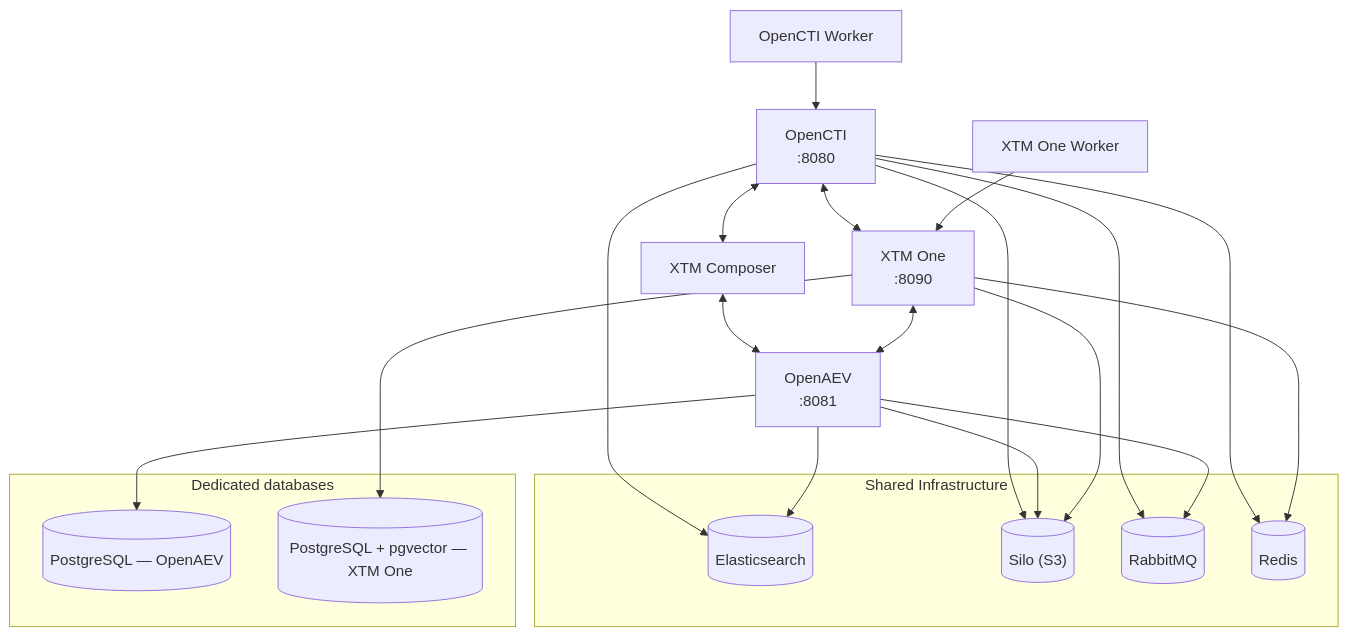
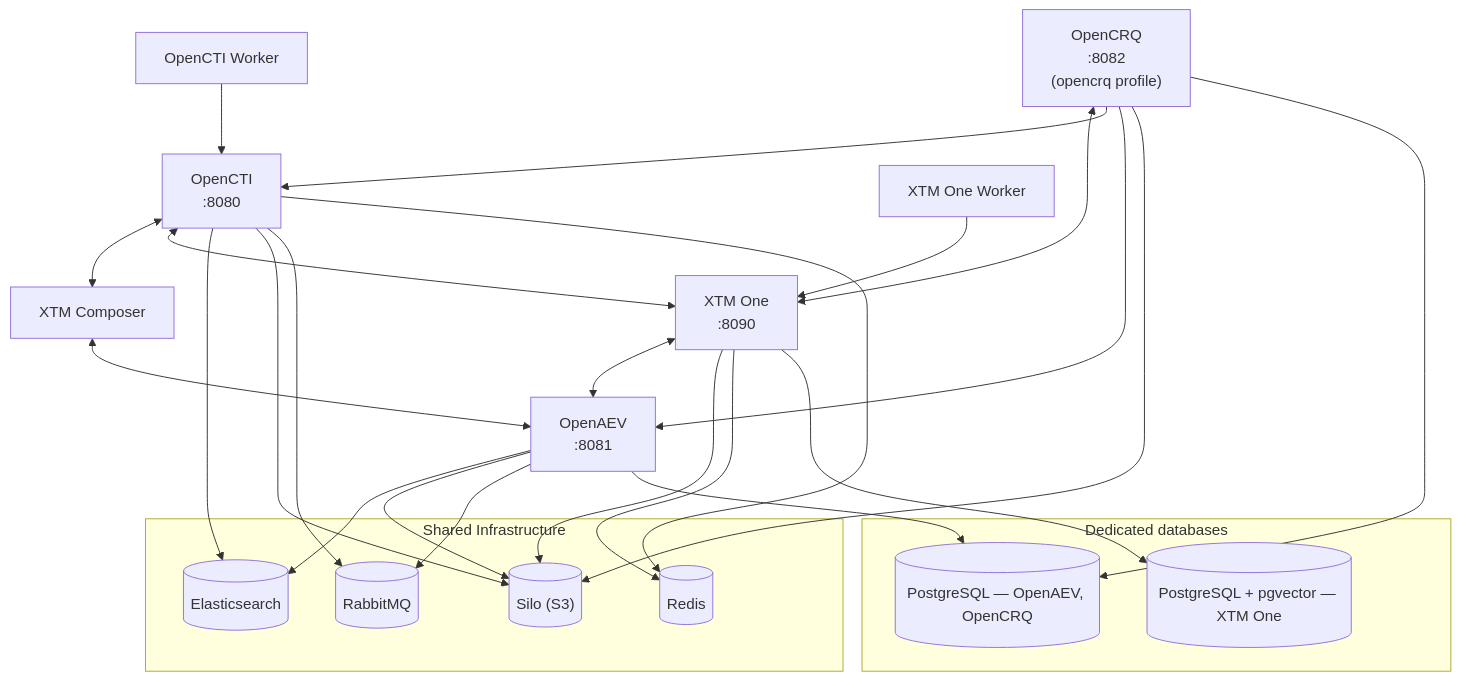
One commit to FiligranHQ/xtm-docker changed the diagram in README.md. Above: the diagram before and after it, drawn with Mermaid. The commit also changed other lines of this file and 2 other files, not shown here.

First line of the commit message:
feat(compose): add OpenCRQ to the XTM stack (#49)

````diff
--- a/README.md
+++ b/README.md
@@ -25,40 +26,46 @@
 ```mermaid
 graph TB
     OpenCTI["OpenCTI<br/>:8080"]
     OpenAEV["OpenAEV<br/>:8081"]
     XTMOne["XTM One<br/>:8090"]
     Composer["XTM Composer"]
     Worker["OpenCTI Worker"]
     XTMOneWorker["XTM One Worker"]
+    OpenCRQ["OpenCRQ<br/>:8082<br/>(opencrq profile)"]
 
     OpenCTI <--> Composer
     Composer <--> OpenAEV
     OpenCTI <--> XTMOne
     XTMOne <--> OpenAEV
     Worker --> OpenCTI
     XTMOneWorker --> XTMOne
+    OpenCRQ <--> XTMOne
+    OpenCRQ --> OpenCTI
+    OpenCRQ --> OpenAEV
 
     subgraph Shared["Shared Infrastructure"]
         ES[("Elasticsearch")]
         Silo[("Silo (S3)")]
         RabbitMQ[("RabbitMQ")]
         Redis[("Redis")]
     end
 
     subgraph Stores["Dedicated databases"]
-        PG[("PostgreSQL — OpenAEV")]
+        PG[("PostgreSQL — OpenAEV, OpenCRQ")]
         PGV[("PostgreSQL + pgvector — XTM One")]
     end
 
     OpenCTI --> ES
     OpenCTI --> Silo
     OpenCTI --> RabbitMQ
     OpenCTI --> Redis
     OpenAEV --> ES
     OpenAEV --> Silo
     OpenAEV --> RabbitMQ
     OpenAEV --> PG
     XTMOne --> Silo
     XTMOne --> Redis
     XTMOne --> PGV
+    OpenCRQ --> Silo
+    OpenCRQ --> PG
 ```
````
